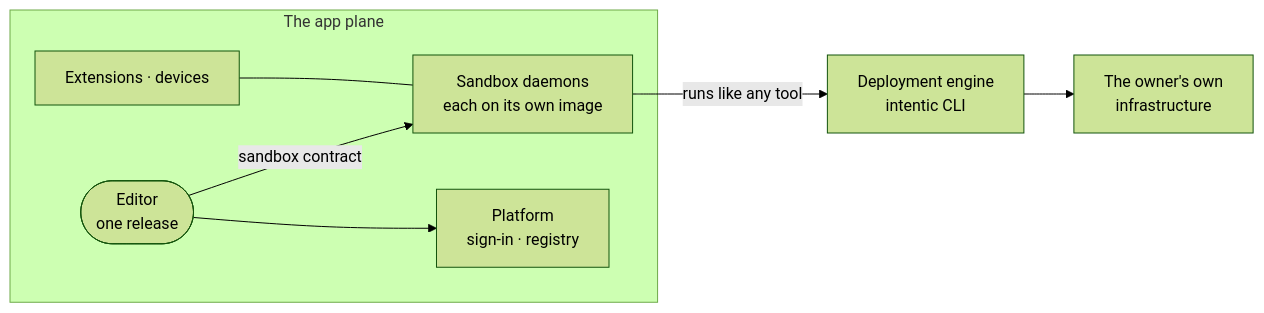
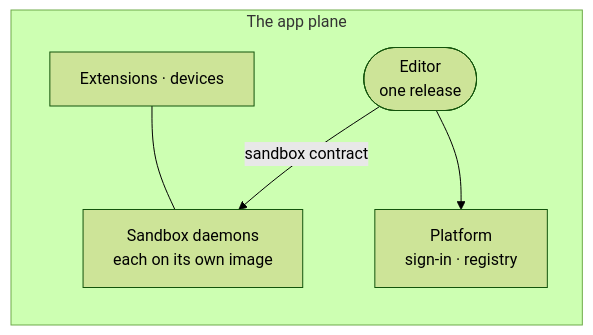
The diagram in docs/architecture/app-plane.md (intentic/intentic), drawn with Mermaid (forest theme) before and after one commit. The commit also changed other lines of this file and 671 other files, not shown here.

First line of the commit message:
refactor(deploy): remove intentic deploy infrastructure and migrate CLI to sandbox

````diff
--- a/docs/architecture/app-plane.md
+++ b/docs/architecture/app-plane.md
@@ -5,14 +5,12 @@
 ```mermaid
 flowchart LR
     subgraph plane["The app plane"]
         editor(["Editor<br/>one release"])
         daemon["Sandbox daemons<br/>each on its own image"]
         platform["Platform<br/>sign-in · registry"]
         ext["Extensions · devices"]
     end
     editor -->|"sandbox contract"| daemon
     editor --> platform
     ext --- daemon
-    daemon -->|"runs like any tool"| deploy["Deployment engine<br/>intentic CLI"]
-    deploy --> infra["The owner's own<br/>infrastructure"]
 ```
````
